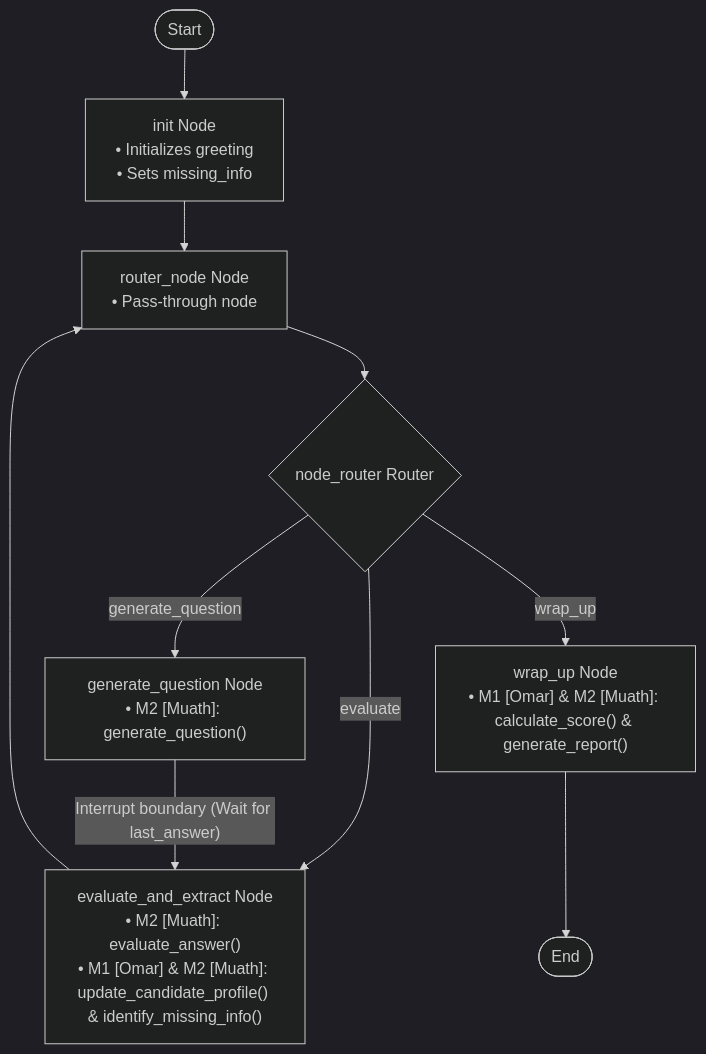
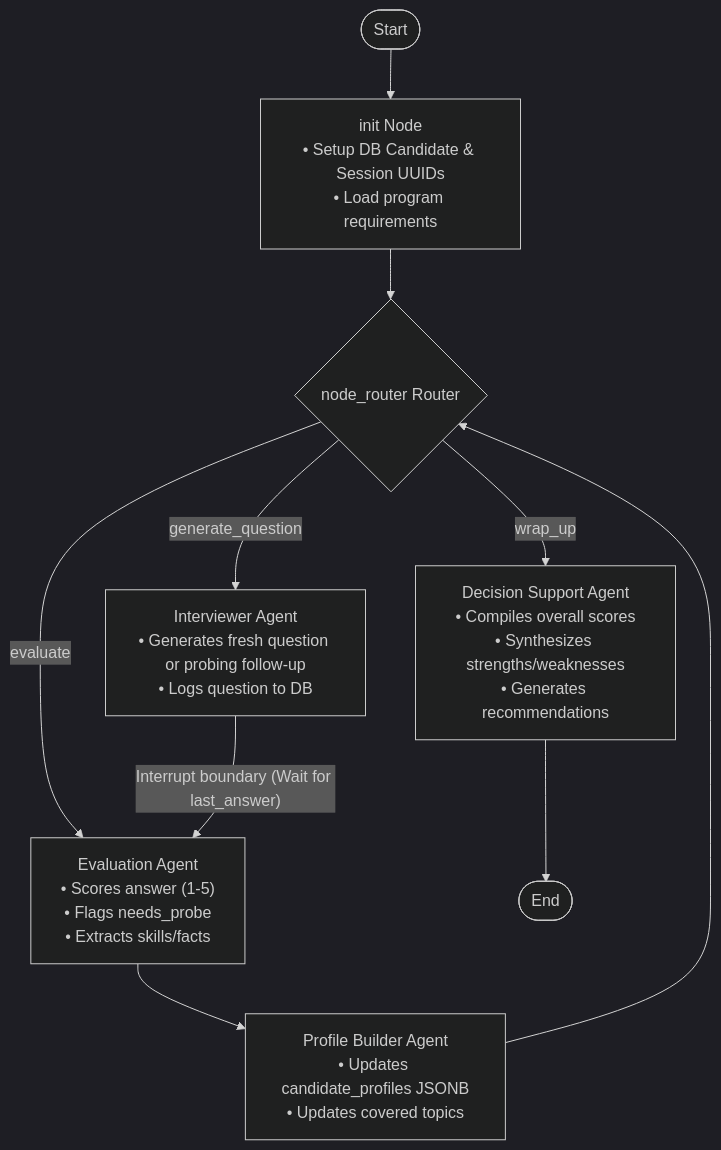
The first of 2 diagrams in README.md (NBTON/AI-Interview-Agent), drawn with Mermaid (dark theme) before and after one commit. The commit also changed other lines of this file and 6 other files, not shown here.

Commit message:
Implement Multi-Agent interview system and align with redesigned DB schema

````diff
--- a/README.md
+++ b/README.md
@@ -52,24 +13,24 @@
 ```mermaid
 graph TD
     __start__([Start]) --> init
     
-    init["init Node<br>• Initializes greeting<br>• Sets missing_info"] 
+    init["init Node<br>• Setup DB Candidate & Session UUIDs<br>• Load program requirements"] 
     --> router_node
     
-    router_node["router_node Node<br>• Pass-through node"]
+    router_node{"node_router Router"}
     
-    router_node --> node_router{node_router Router}
+    router_node -- "evaluate" --> evaluation
+    router_node -- "generate_question" --> interviewer
+    router_node -- "wrap_up" --> wrap_up
     
-    node_router -- "evaluate" --> evaluate_and_extract
-    node_router -- "generate_question" --> generate_question
-    node_router -- "wrap_up" --> wrap_up
+    evaluation["Evaluation Agent<br>• Scores answer (1-5)<br>• Flags needs_probe<br>• Extracts skills/facts"]
+    --> profile_builder["Profile Builder Agent<br>• Updates candidate_profiles JSONB<br>• Updates covered topics"]
     
-    evaluate_and_extract["evaluate_and_extract Node<br>• M2 [Muath]: evaluate_answer()<br>• M1 [Omar] & M2 [Muath]: update_candidate_profile() & identify_missing_info()"] 
-    --> router_node
+    profile_builder --> router_node
     
-    generate_question["generate_question Node<br>• M2 [Muath]: generate_question()"] 
-    -- "Interrupt boundary (Wait for last_answer)" --> evaluate_and_extract
+    interviewer["Interviewer Agent<br>• Generates fresh question or probing follow-up<br>• Logs question to DB"] 
+    -- "Interrupt boundary (Wait for last_answer)" --> evaluation
     
-    wrap_up["wrap_up Node<br>• M1 [Omar] & M2 [Muath]: calculate_score() & generate_report()"] 
+    wrap_up["Decision Support Agent<br>• Compiles overall scores<br>• Synthesizes strengths/weaknesses<br>• Generates recommendations"] 
     --> __end__([End])
 ```
````
